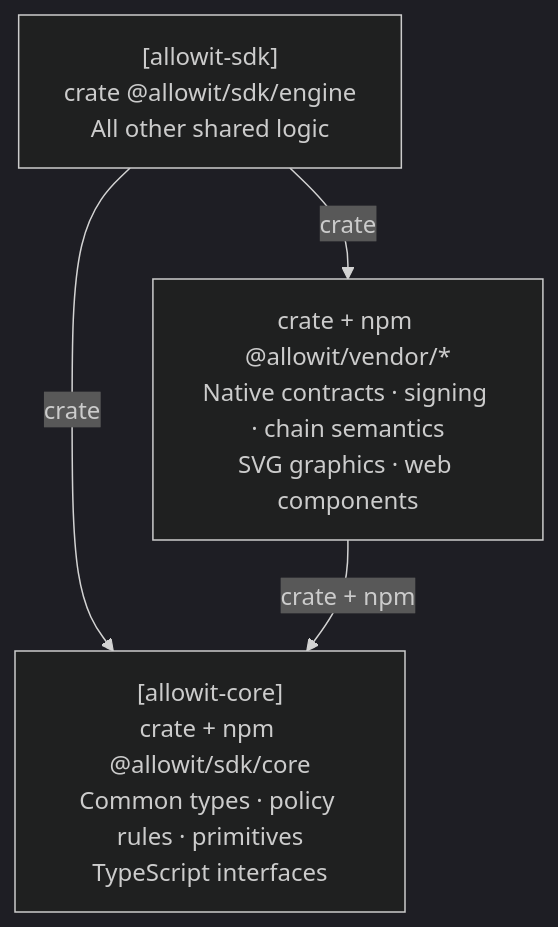
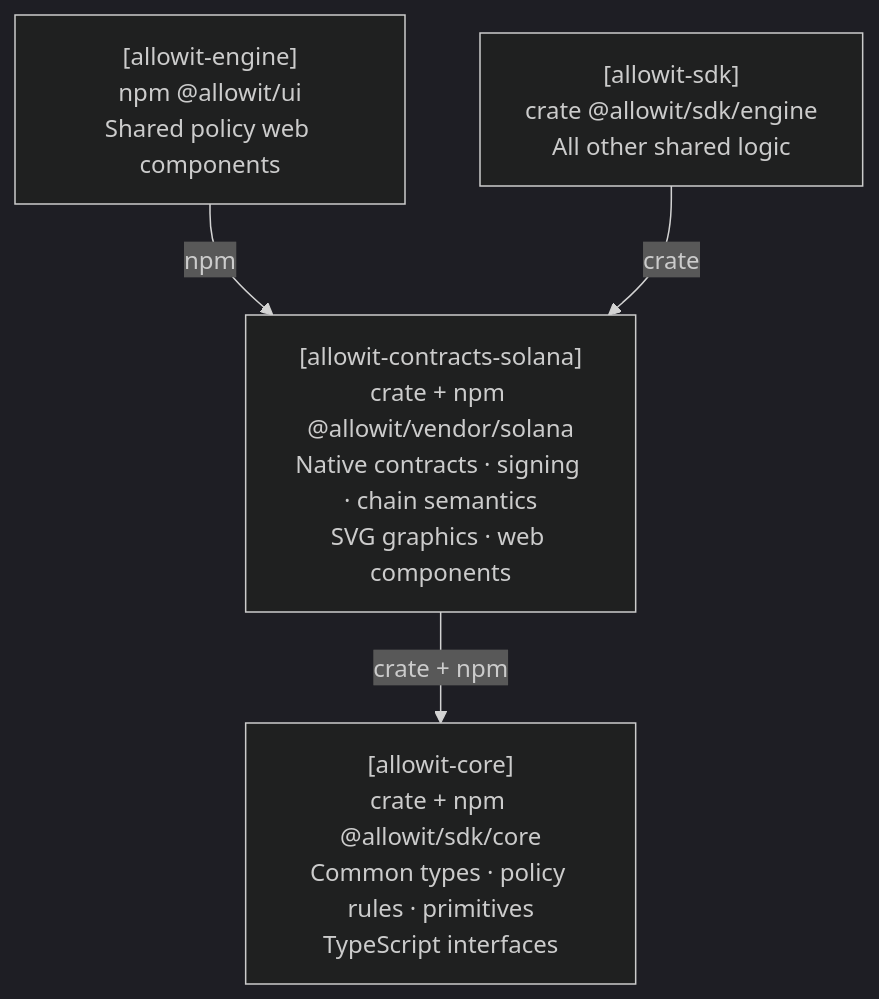
One commit to allowit-hq/allowit-contracts-solana changed the second of 2 diagrams in README.md. Above: the diagram before and after it, drawn with Mermaid (dark theme). The commit also changed other lines of this file and 3 other files, not shown here.

Commit message:
Focus README diagrams on direct dependencies

````diff
--- a/README.md
+++ b/README.md
@@ -225,9 +225,11 @@
 ```mermaid
 flowchart TB
+    UI["[allowit-engine]<br/>npm @allowit/ui<br/>Shared policy web components"]
     Engine["[allowit-sdk]<br/>crate @allowit/sdk/engine<br/>All other shared logic"]
-    Vendor["crate + npm @allowit/vendor/*<br/>Native contracts · signing · chain semantics<br/>SVG graphics · web components"]
+    Vendor["[allowit-contracts-solana]<br/>crate + npm @allowit/vendor/solana<br/>Native contracts · signing · chain semantics<br/>SVG graphics · web components"]
     Core["[allowit-core]<br/>crate + npm @allowit/sdk/core<br/>Common types · policy rules · primitives<br/>TypeScript interfaces"]
+
+    UI -->|npm| Vendor
     Engine -->|crate| Vendor
-    Engine -->|crate| Core
     Vendor -->|crate + npm| Core
 ```
````
